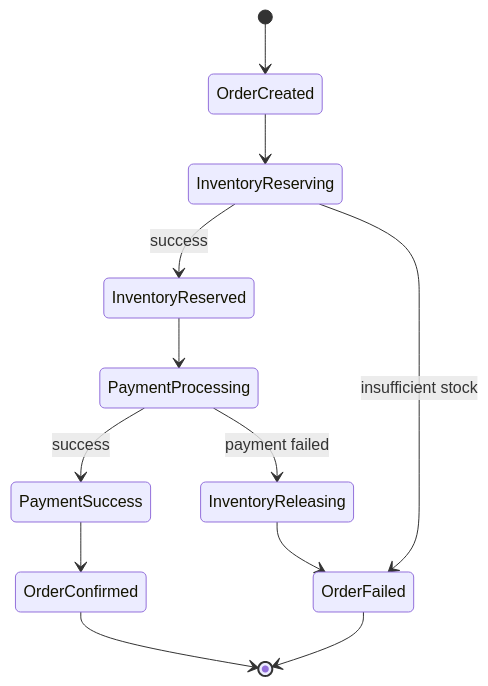
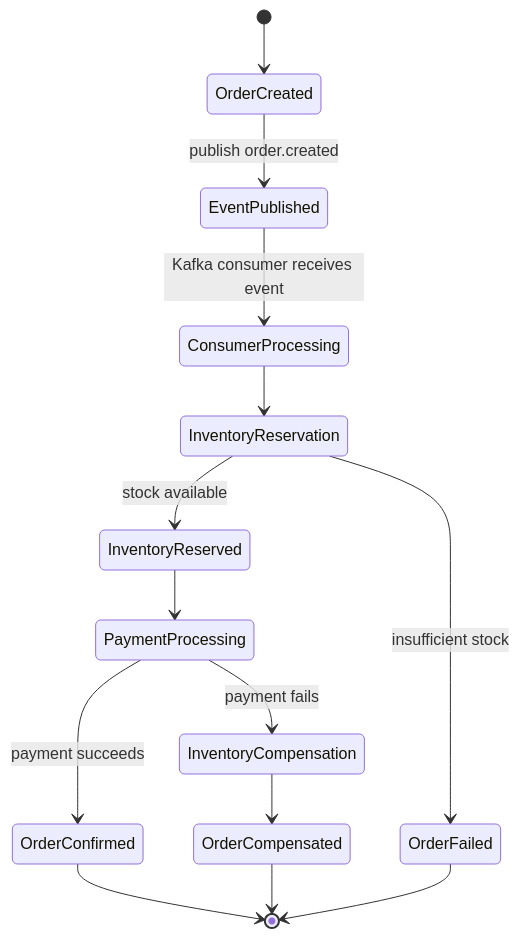
Before and after one commit to Falcon-J/AtlasPay: the second of 2 diagrams in README.md, drawn with Mermaid. The commit also changed other lines of this file, not shown here.

````diff
--- a/README.md
+++ b/README.md
@@ -230,14 +82,16 @@
 ```mermaid
 stateDiagram-v2
     [*] --> OrderCreated
-    OrderCreated --> InventoryReserving
-    InventoryReserving --> InventoryReserved: success
-    InventoryReserving --> OrderFailed: insufficient stock
+    OrderCreated --> EventPublished: publish order.created
+    EventPublished --> ConsumerProcessing: Kafka consumer receives event
+    ConsumerProcessing --> InventoryReservation
+    InventoryReservation --> InventoryReserved: stock available
+    InventoryReservation --> OrderFailed: insufficient stock
     InventoryReserved --> PaymentProcessing
-    PaymentProcessing --> PaymentSuccess: success
-    PaymentProcessing --> InventoryReleasing: payment failed
-    InventoryReleasing --> OrderFailed
-    PaymentSuccess --> OrderConfirmed
+    PaymentProcessing --> OrderConfirmed: payment succeeds
+    PaymentProcessing --> InventoryCompensation: payment fails
+    InventoryCompensation --> OrderCompensated
     OrderConfirmed --> [*]
     OrderFailed --> [*]
+    OrderCompensated --> [*]
 ```
````
